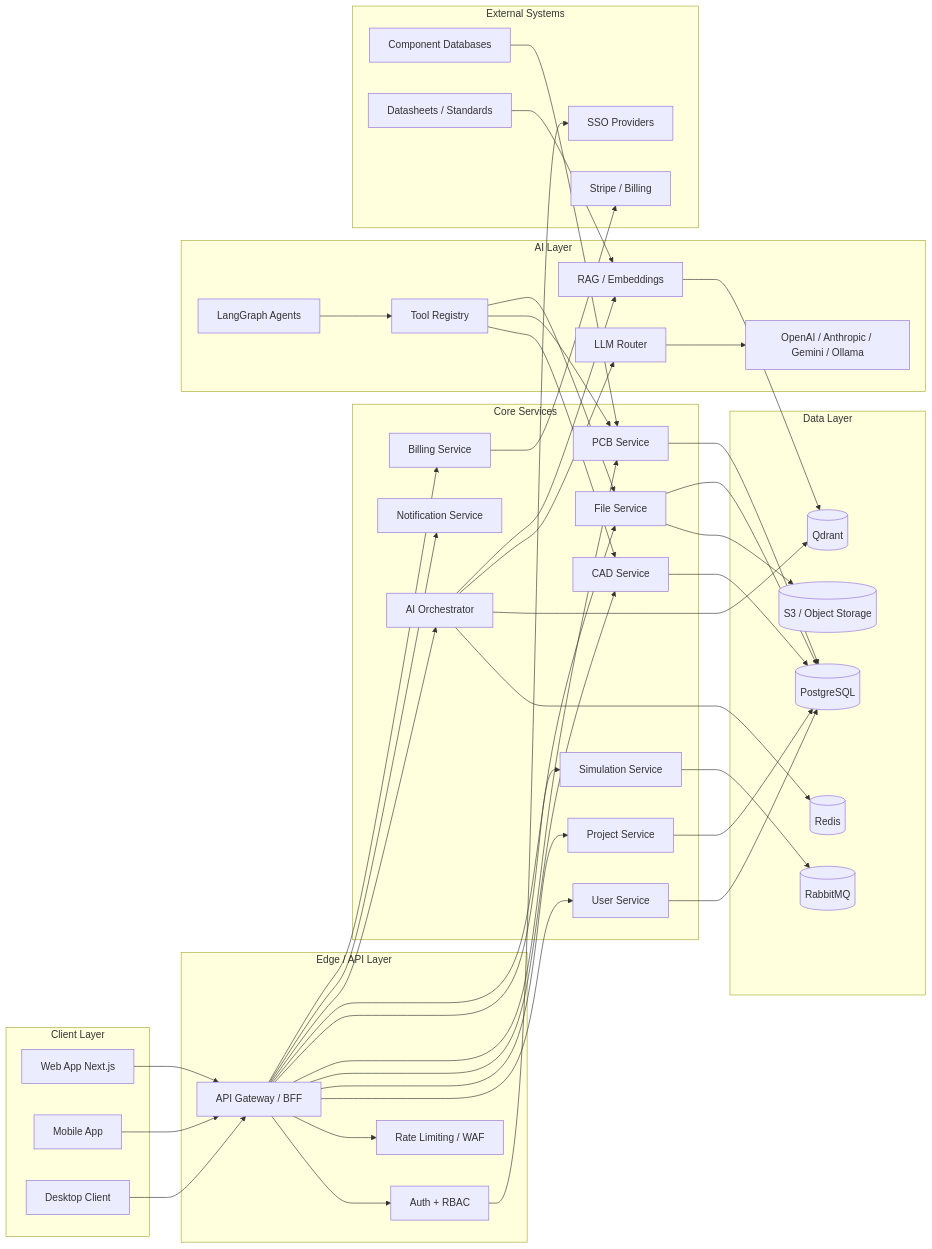
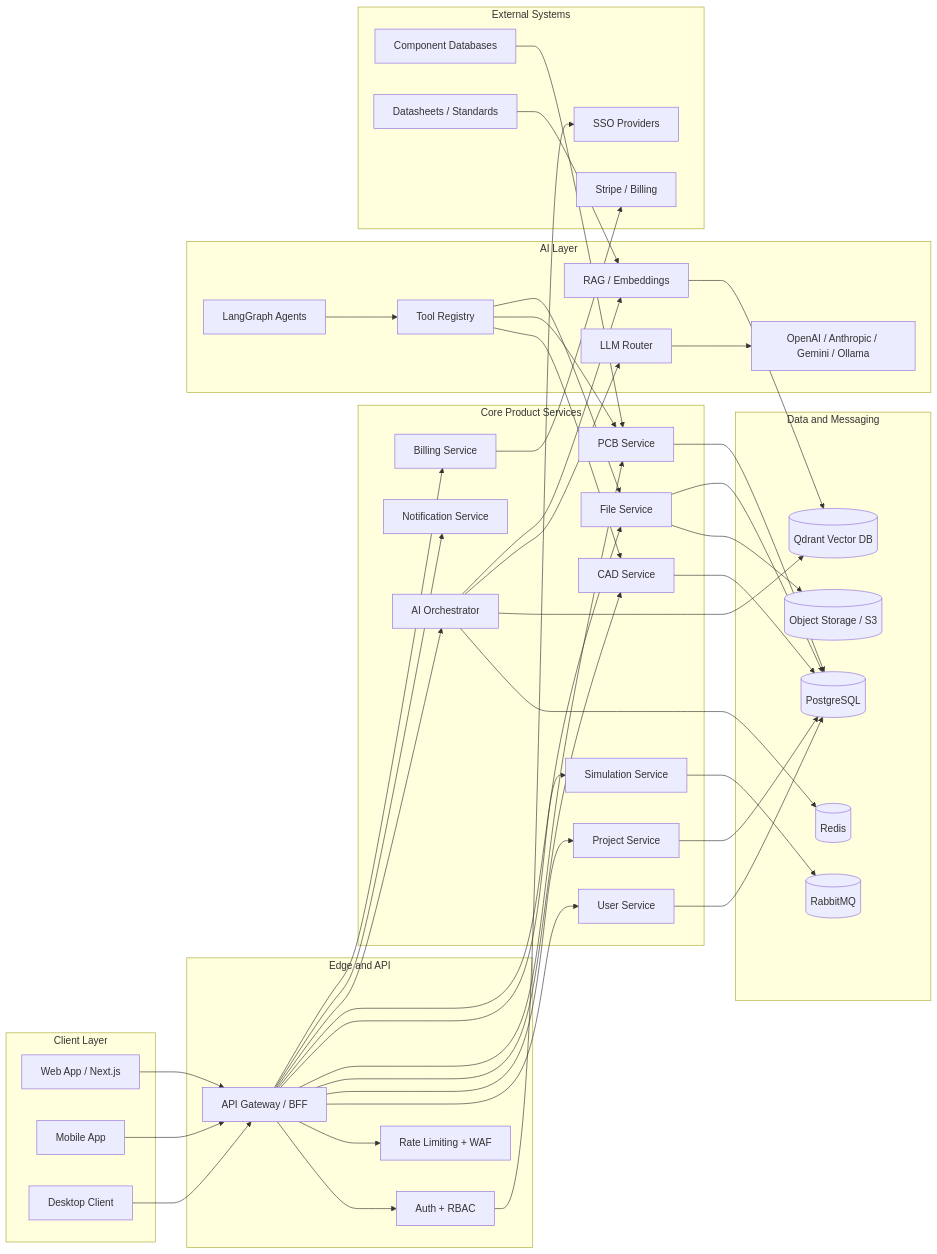
One commit to vishwas-tech29/Enginex-AI changed the diagram in docs/architecture/complete-architecture.md. Above: the diagram before and after it, drawn with Mermaid. The commit also changed other lines of this file and 31 other files, not shown here.

````diff
--- a/docs/architecture/complete-architecture.md
+++ b/docs/architecture/complete-architecture.md
@@ -5,18 +9,18 @@
 ```mermaid
 flowchart LR
     subgraph Clients[Client Layer]
-        Web[Web App Next.js]
+        Web[Web App / Next.js]
         Mobile[Mobile App]
         Desktop[Desktop Client]
     end
 
-    subgraph Edge[Edge / API Layer]
+    subgraph Edge[Edge and API]
         GW[API Gateway / BFF]
         Auth[Auth + RBAC]
-        RL[Rate Limiting / WAF]
+        RL[Rate Limiting + WAF]
     end
 
-    subgraph Core[Core Services]
+    subgraph Core[Core Product Services]
         Users[User Service]
         Projects[Project Service]
         CAD[CAD Service]
@@ -28,12 +32,12 @@
         Billing[Billing Service]
     end
 
-    subgraph Data[Data Layer]
+    subgraph Data[Data and Messaging]
         PG[(PostgreSQL)]
         Redis[(Redis)]
         MQ[(RabbitMQ)]
-        S3[(S3 / Object Storage)]
-        Qdrant[(Qdrant)]
+        S3[(Object Storage / S3)]
+        Qdrant[(Qdrant Vector DB)]
     end
 
     subgraph AIStack[AI Layer]
@@ -45,7 +49,7 @@
     end
 
     subgraph External[External Systems]
-        ComponentDB[Component Databases]
+        Components[Component Databases]
         Datasheets[Datasheets / Standards]
         Stripe[Stripe / Billing]
         SSO[SSO Providers]
@@ -85,6 +89,6 @@
     AI --> RAG
     Billing --> Stripe
     Auth --> SSO
-    ComponentDB --> PCB
+    Components --> PCB
     Datasheets --> RAG
 ```
````
